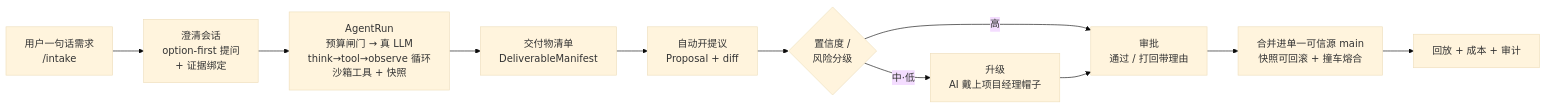
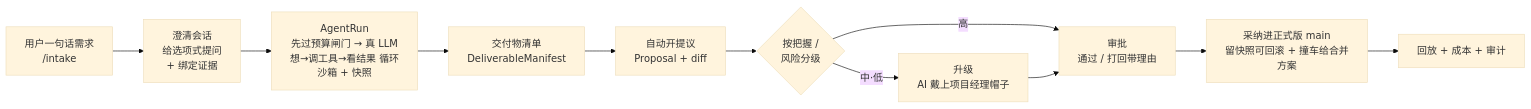
The diagram in README.md (mycyg/WorkHub), drawn with Mermaid (base theme) before and after one commit. The commit also changed other lines of this file and 1 other file, not shown here.

````diff
--- a/README.md
+++ b/README.md
@@ -42,13 +56,13 @@
 ```mermaid
 flowchart LR
-  A["用户一句话需求<br/>/intake"] --> B["澄清会话<br/>option-first 提问<br/>+ 证据绑定"]
-  B --> C["AgentRun<br/>预算闸门 → 真 LLM<br/>think→tool→observe 循环<br/>沙箱工具 + 快照"]
+  A["用户一句话需求<br/>/intake"] --> B["澄清会话<br/>给选项式提问<br/>+ 绑定证据"]
+  B --> C["AgentRun<br/>先过预算闸门 → 真 LLM<br/>想→调工具→看结果 循环<br/>沙箱 + 快照"]
   C --> D["交付物清单<br/>DeliverableManifest"]
   D --> E["自动开提议<br/>Proposal + diff"]
-  E --> F{"置信度 /<br/>风险分级"}
+  E --> F{"按把握 /<br/>风险分级"}
   F -->|高| G["审批<br/>通过 / 打回带理由"]
   F -->|中·低| H["升级<br/>AI 戴上项目经理帽子"]
   H --> G
-  G --> I["合并进单一可信源 main<br/>快照可回滚 + 撞车熔合"]
+  G --> I["采纳进正式版 main<br/>留快照可回滚 + 撞车给合并方案"]
   I --> J["回放 + 成本 + 审计"]
 ```
````
